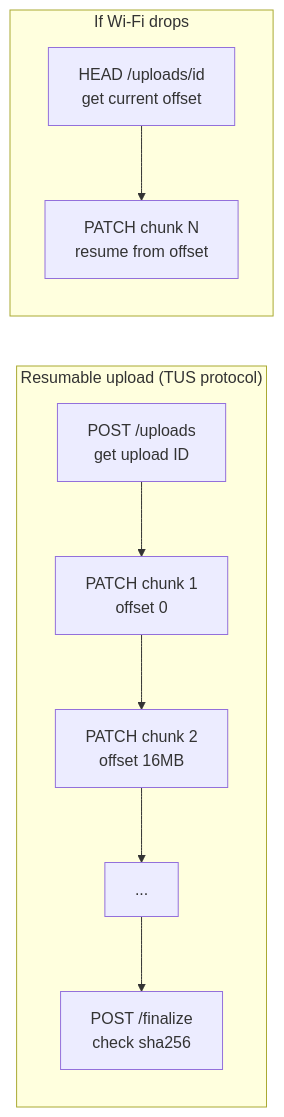
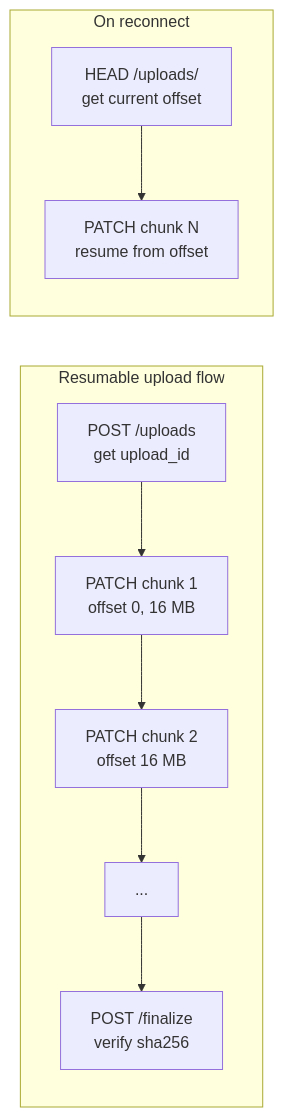
One commit to shiningflash/system-design changed the third of 11 diagrams in problems/006-video-streaming/question.md. Above: the diagram before and after it, drawn with Mermaid. The commit also changed other lines of this file and 37 other files, not shown here.

````diff
--- a/problems/006-video-streaming/question.md
+++ b/problems/006-video-streaming/question.md
@@ -187,12 +162,12 @@
 ```mermaid
 flowchart LR
-    subgraph Upload["Resumable upload (TUS protocol)"]
-        A[POST /uploads<br/>get upload ID] --> B[PATCH chunk 1<br/>offset 0]
-        B --> C[PATCH chunk 2<br/>offset 16MB]
-        C --> D[...]
-        D --> E[POST /finalize<br/>check sha256]
+    subgraph Upload["Resumable upload flow"]
+        A["POST /uploads<br/>get upload_id"] --> B["PATCH chunk 1<br/>offset 0, 16 MB"]
+        B --> C["PATCH chunk 2<br/>offset 16 MB"]
+        C --> D["..."]
+        D --> E["POST /finalize<br/>verify sha256"]
     end
-    subgraph Resume["If Wi-Fi drops"]
-        F[HEAD /uploads/id<br/>get current offset] --> G[PATCH chunk N<br/>resume from offset]
+    subgraph Resume["On reconnect"]
+        F["HEAD /uploads/<id><br/>get current offset"] --> G["PATCH chunk N<br/>resume from offset"]
     end
 ```
````
